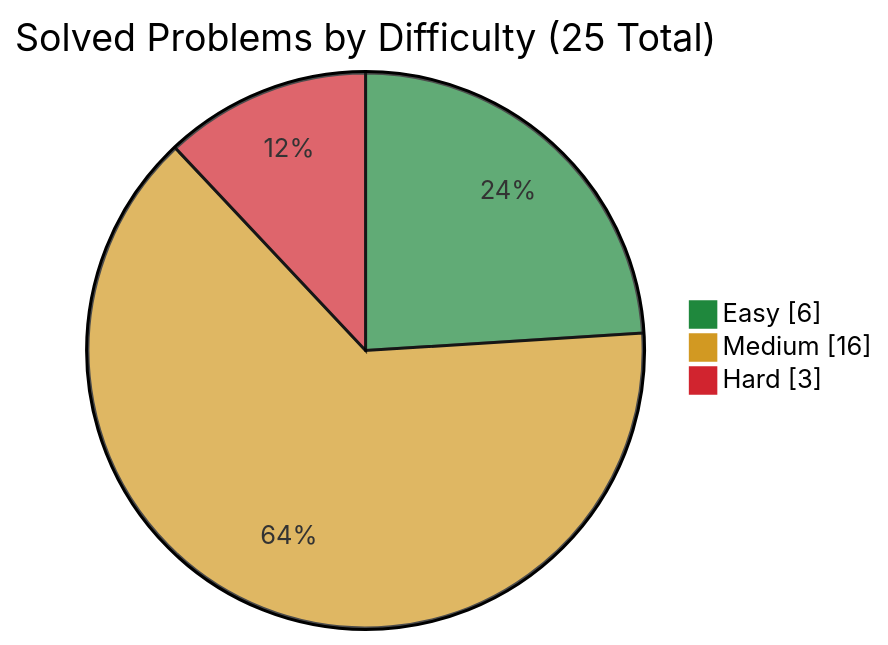
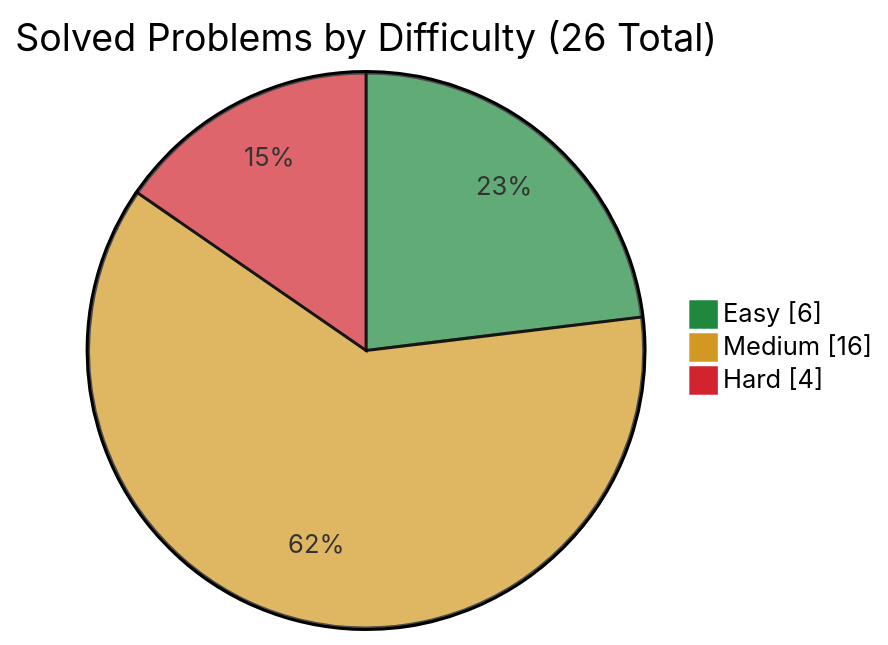
One commit to simonesiega/leetcode-solutions changed the diagram in README.md. Above: the diagram before and after it, drawn with Mermaid. The commit also changed other lines of this file and 2 other files, not shown here.

Commit message:
solve leetcode #239

````diff
--- a/README.md
+++ b/README.md
@@ -47,8 +47,8 @@
 ```mermaid
 %%{init: {"themeVariables": {"pie1": "#1f883d", "pie2": "#d29922", "pie3": "#d1242f"}}}%%
 pie showData
-    title Solved Problems by Difficulty (25 Total)
+    title Solved Problems by Difficulty (26 Total)
     "Easy" : 6
     "Medium" : 16
-    "Hard" : 3
+    "Hard" : 4
 ```
````
